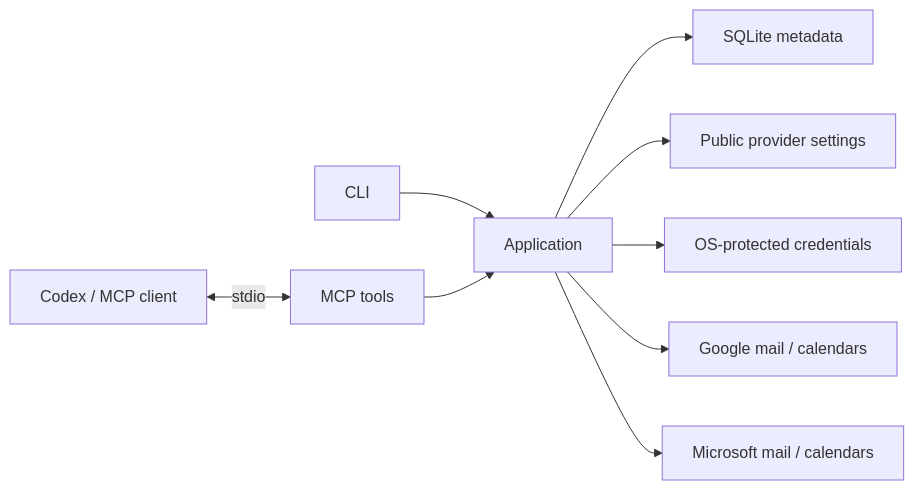
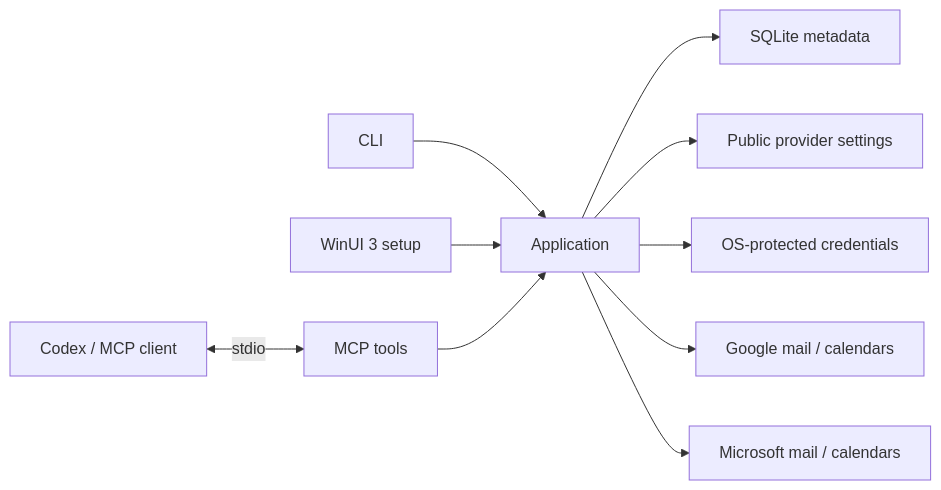
Before and after one commit to umbertotechnopreneur/MailMeUp: the diagram in docs/ARCHITECTURE.md, drawn with Mermaid. The commit also changed other lines of this file and 83 other files, not shown here.

````diff
--- a/docs/ARCHITECTURE.md
+++ b/docs/ARCHITECTURE.md
@@ -5,11 +5,12 @@
 ```mermaid
 flowchart LR
     CLI[CLI] --> APP[Application]
+    DESKTOP[WinUI 3 setup] --> APP
     CLIENT[Codex / MCP client] <-->|stdio| MCP[MCP tools]
     MCP --> APP
     APP --> DB[SQLite metadata]
     APP --> SETTINGS[Public provider settings]
     APP --> VAULT[OS-protected credentials]
     APP --> GOOGLE[Google mail / calendars]
     APP --> MS[Microsoft mail / calendars]
 ```
````
